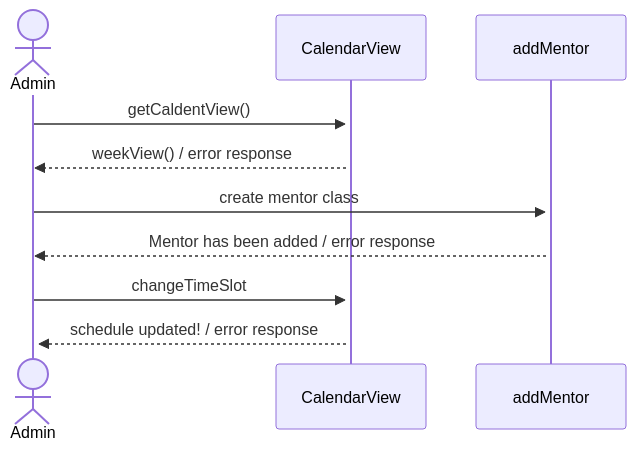
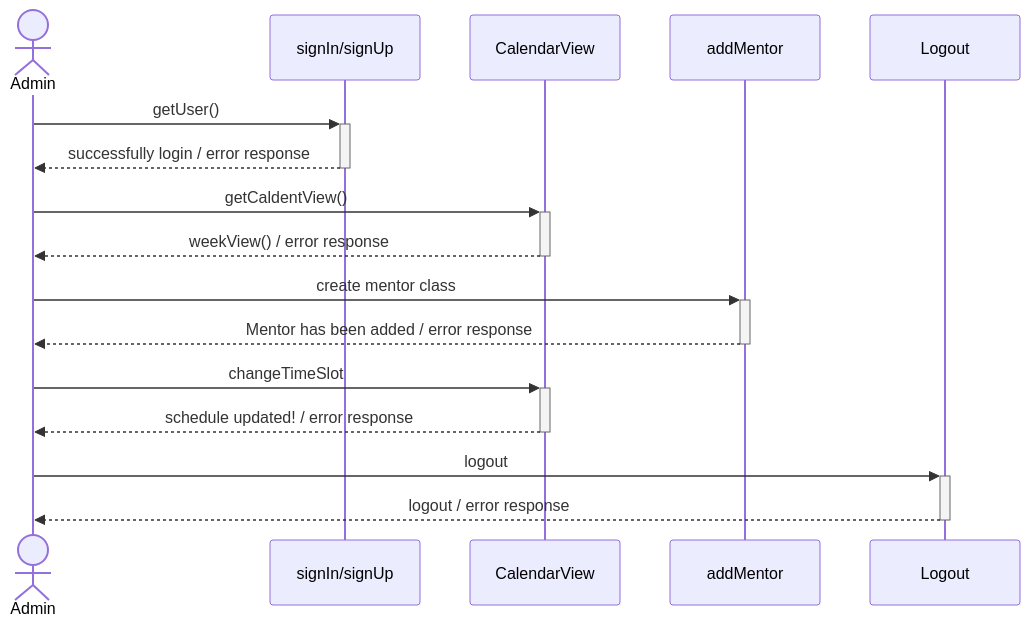
Before and after one commit to dinaolmelak/Scholars-Academy-Overview: the second of 4 diagrams in README.md, drawn with Mermaid. The commit also changed other lines of this file, not shown here.

Commit message:
added logout and login for mentor and admin diagram

````diff
--- a/README.md
+++ b/README.md
@@ -78,10 +78,14 @@
 ```mermaid 
 sequenceDiagram
     actor Admin
+    Admin->>+signIn/signUp: getUser() 
+    signIn/signUp-->>-Admin: successfully login / error response
     Admin->>+CalendarView: getCaldentView() 
-    CalendarView-->>Admin: weekView() / error response
+    CalendarView-->>-Admin: weekView() / error response
     Admin->>+addMentor: create mentor class 
-    addMentor-->>Admin: Mentor has been added / error response
+    addMentor-->>-Admin: Mentor has been added / error response
     Admin->>+CalendarView: changeTimeSlot   
-    CalendarView-->>+Admin: schedule updated! / error response
+    CalendarView-->>-Admin: schedule updated! / error response
+    Admin->>+Logout: logout 
+    Logout-->>-Admin: logout / error response
 ```
````
